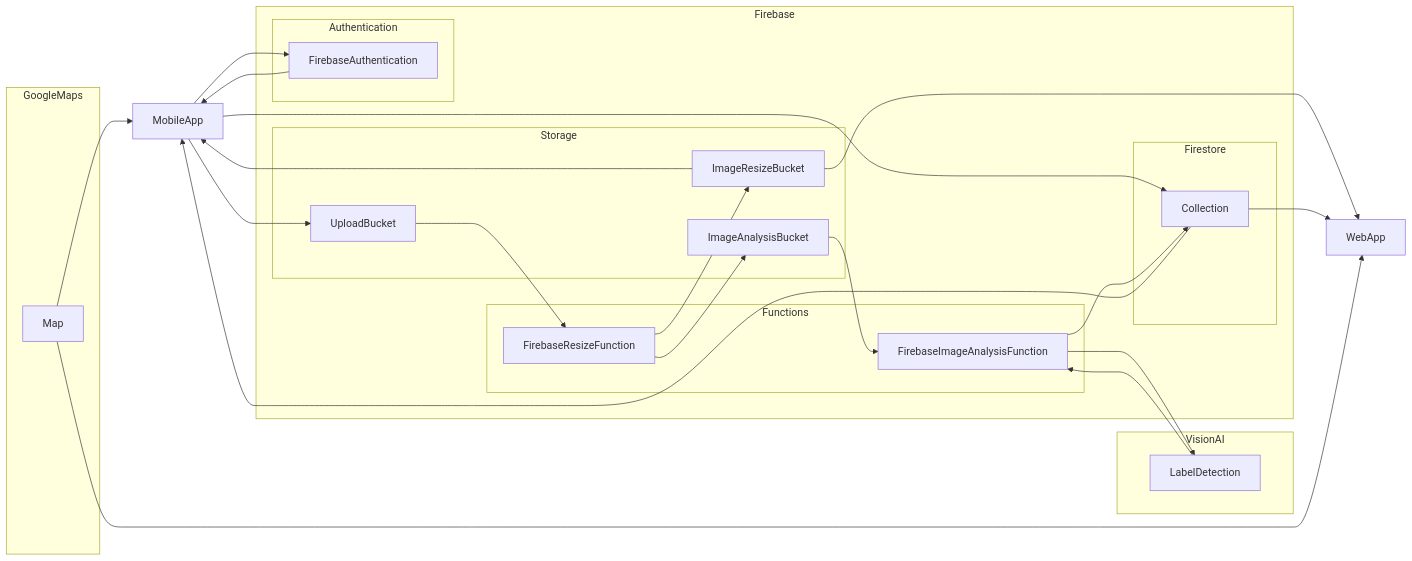
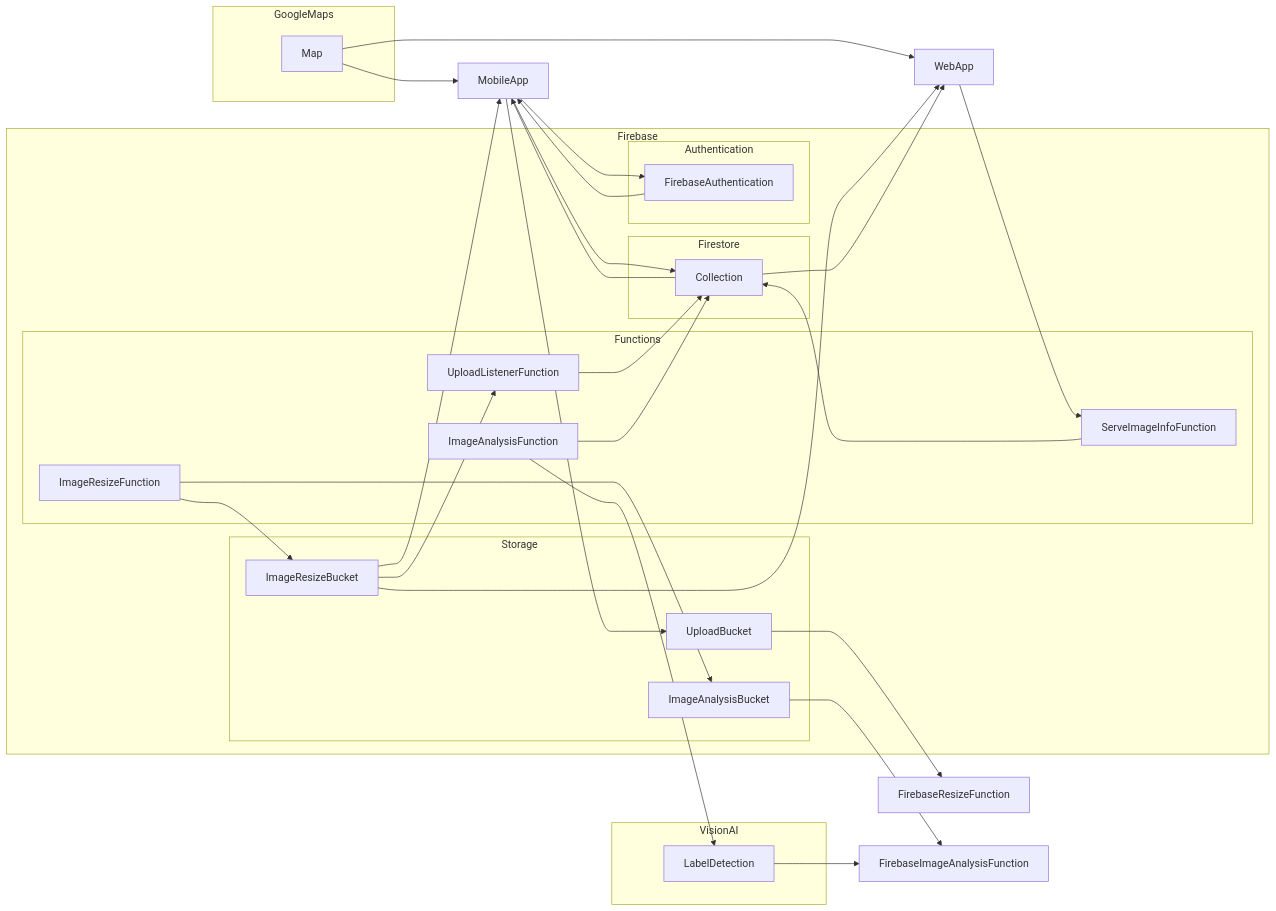
One commit to zorrokid/nature-photos changed the diagram in README.md. Above: the diagram before and after it, drawn with Mermaid.

````diff
--- a/README.md
+++ b/README.md
@@ -5,54 +5,60 @@
 ```mermaid
 graph LR
 
   MobileApp
 
   WebApp
 
   subgraph GoogleMaps
     Map
   end
 
   subgraph VisionAI
     LabelDetection
   end
 
   subgraph Firebase
     subgraph Storage
        UploadBucket 
        ImageResizeBucket
        ImageAnalysisBucket
     end
     subgraph Firestore
        Collection 
     end
 
     subgraph Functions
-      FirebaseResizeFunction
-      FirebaseImageAnalysisFunction
+      ImageResizeFunction
+      ImageAnalysisFunction
+      UploadListenerFunction
+      ServeImageInfoFunction
     end
 
     subgraph Authentication
       FirebaseAuthentication
     end
 
   end
 
   MobileApp --> UploadBucket 
   Collection --> MobileApp 
   MobileApp --> Collection
   MobileApp --> FirebaseAuthentication
   FirebaseAuthentication --> MobileApp
   UploadBucket --> FirebaseResizeFunction
-  FirebaseResizeFunction --> ImageResizeBucket 
-  FirebaseResizeFunction --> ImageAnalysisBucket 
+  ImageResizeFunction --> ImageResizeBucket 
+  ImageResizeFunction --> ImageAnalysisBucket
+  ImageResizeBucket --> UploadListenerFunction
+  UploadListenerFunction --> Collection
+  WebApp --> ServeImageInfoFunction
+  ServeImageInfoFunction --> Collection
   ImageAnalysisBucket --> FirebaseImageAnalysisFunction
-  FirebaseImageAnalysisFunction --> Collection 
-  FirebaseImageAnalysisFunction --> LabelDetection
+  ImageAnalysisFunction --> Collection 
+  ImageAnalysisFunction --> LabelDetection
   LabelDetection --> FirebaseImageAnalysisFunction
   ImageResizeBucket --> MobileApp
   ImageResizeBucket --> WebApp
   Collection --> WebApp
   Map --> MobileApp
   Map --> WebApp
 ```
````
